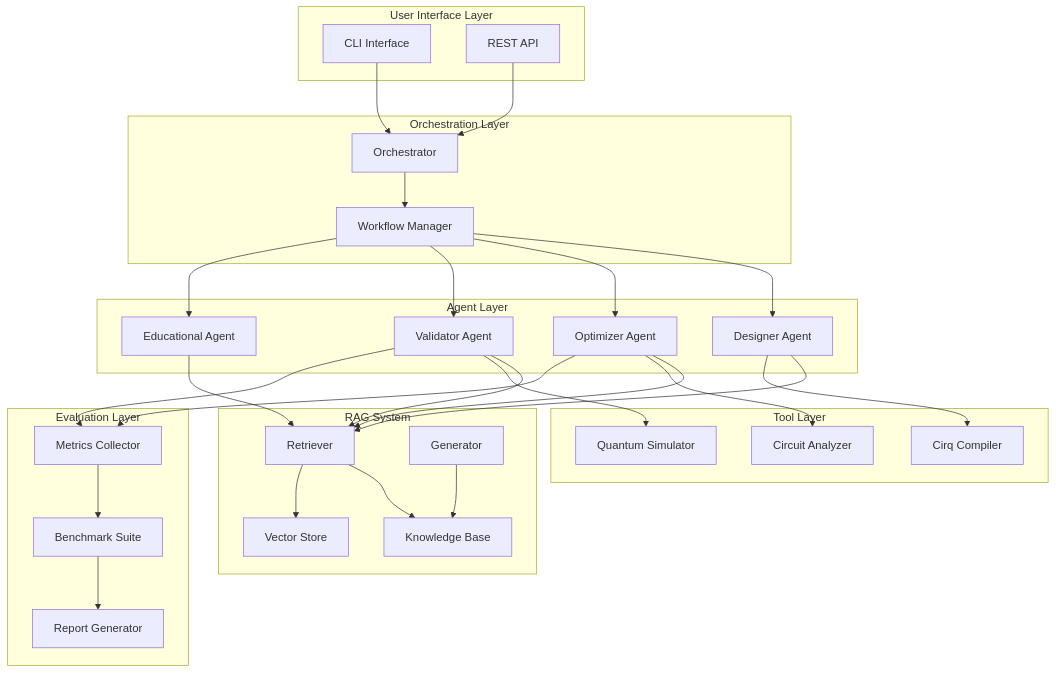
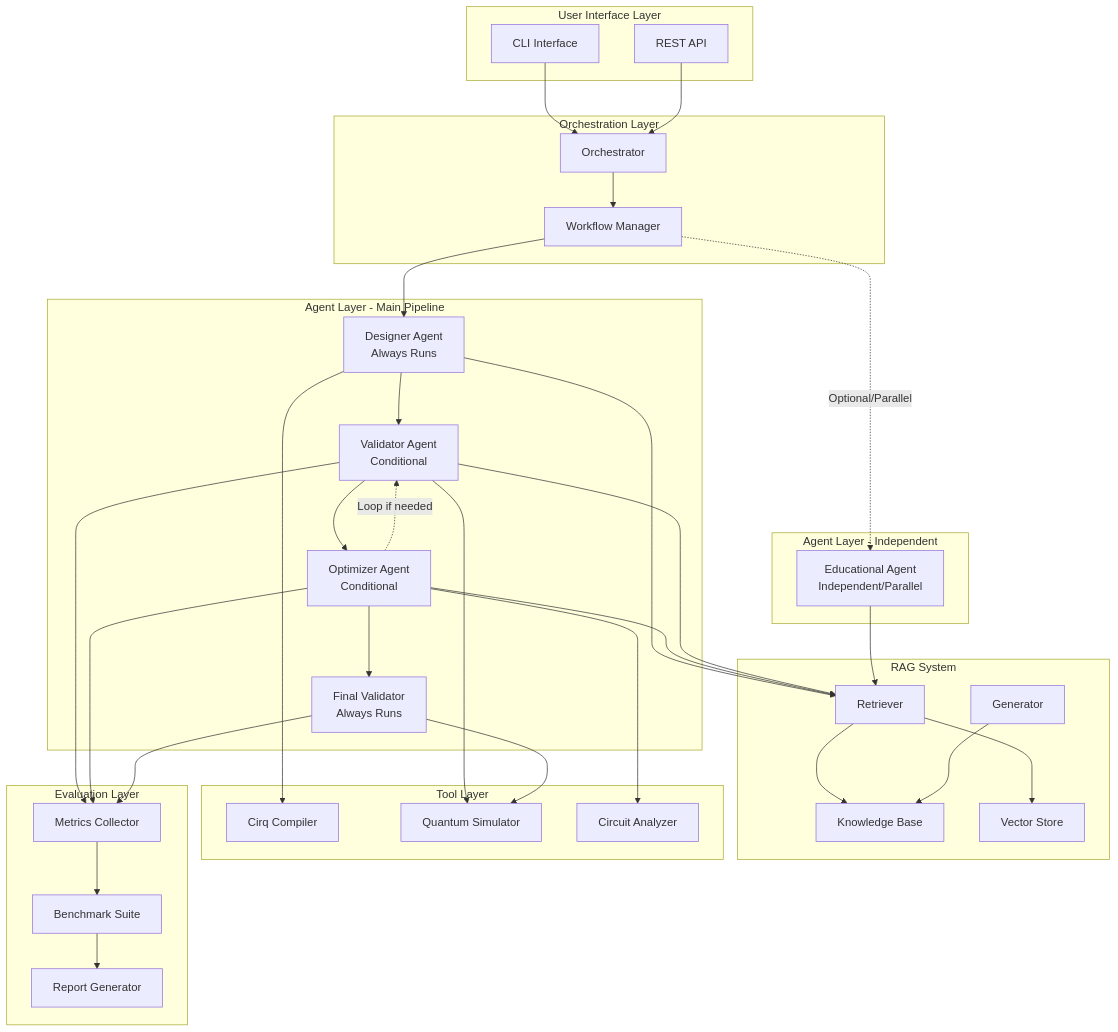
One commit to Umer-Farooq-CS/Cirq-RAG-Code-Assistant changed the first of 2 diagrams in docs/architecture.md. Above: the diagram before and after it, drawn with Mermaid. The commit also changed other lines of this file and 8 other files, not shown here.

First line of the commit message:
docs: Update Agent Architecture to Sequential Pipeline

````diff
--- a/docs/architecture.md
+++ b/docs/architecture.md
@@ -7,64 +7,76 @@
 ```mermaid
 graph TB
     subgraph "User Interface Layer"
         UI[CLI Interface]
         API[REST API]
     end
     
     subgraph "Orchestration Layer"
         ORCH[Orchestrator]
         WORKFLOW[Workflow Manager]
     end
     
-    subgraph "Agent Layer"
-        DESIGNER[Designer Agent]
-        OPTIMIZER[Optimizer Agent]
-        VALIDATOR[Validator Agent]
-        EDUCATIONAL[Educational Agent]
+    subgraph "Agent Layer - Main Pipeline"
+        DESIGNER[Designer Agent<br/>Always Runs]
+        VALIDATOR[Validator Agent<br/>Conditional]
+        OPTIMIZER[Optimizer Agent<br/>Conditional]
+        FINAL_VAL[Final Validator<br/>Always Runs]
+    end
+    
+    subgraph "Agent Layer - Independent"
+        EDUCATIONAL[Educational Agent<br/>Independent/Parallel]
     end
     
     subgraph "RAG System"
         RETRIEVER[Retriever]
         GENERATOR[Generator]
         KB[Knowledge Base]
         VECTOR[Vector Store]
     end
     
     subgraph "Tool Layer"
         COMPILER[Cirq Compiler]
         SIMULATOR[Quantum Simulator]
         ANALYZER[Circuit Analyzer]
     end
     
     subgraph "Evaluation Layer"
         METRICS[Metrics Collector]
         BENCHMARK[Benchmark Suite]
         REPORTS[Report Generator]
     end
     
     UI --> ORCH
     API --> ORCH
     ORCH --> WORKFLOW
+    
+    %% Main Pipeline Flow
     WORKFLOW --> DESIGNER
-    WORKFLOW --> OPTIMIZER
-    WORKFLOW --> VALIDATOR
-    WORKFLOW --> EDUCATIONAL
+    DESIGNER --> VALIDATOR
+    VALIDATOR --> OPTIMIZER
+    OPTIMIZER -.->|Loop if needed| VALIDATOR
+    OPTIMIZER --> FINAL_VAL
+    
+    %% Educational Agent - Independent
+    WORKFLOW -.->|Optional/Parallel| EDUCATIONAL
     
     DESIGNER --> RETRIEVER
     OPTIMIZER --> RETRIEVER
     VALIDATOR --> RETRIEVER
     EDUCATIONAL --> RETRIEVER
     
     RETRIEVER --> KB
     RETRIEVER --> VECTOR
     GENERATOR --> KB
     
     DESIGNER --> COMPILER
     VALIDATOR --> SIMULATOR
+    FINAL_VAL --> SIMULATOR
     OPTIMIZER --> ANALYZER
     
     VALIDATOR --> METRICS
     OPTIMIZER --> METRICS
+    FINAL_VAL --> METRICS
     METRICS --> BENCHMARK
     BENCHMARK --> REPORTS
 ```
````
